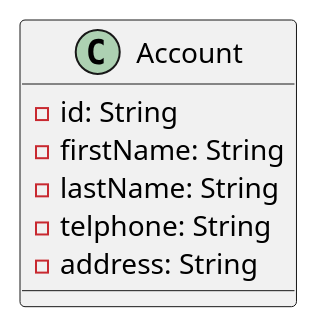
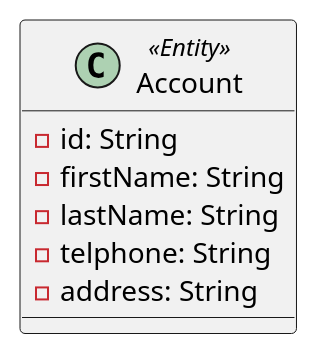
Before and after one commit to rscai/rscai.github.io: the third of 17 diagrams in _posts/2018-10-28-Java-Persistence-API.md, drawn with PlantUML. The commit also changed other lines of this file, not shown here.

````diff
--- a/_posts/2018-10-28-Java-Persistence-API.md
+++ b/_posts/2018-10-28-Java-Persistence-API.md
@@ -99,11 +79,11 @@
 ```puml
 @startuml
-class Account {
+class Account <<Entity>> {
     -id: String
     -firstName: String
     -lastName: String
     -telphone: String
     -address: String
 }
 @enduml
 ```
````
